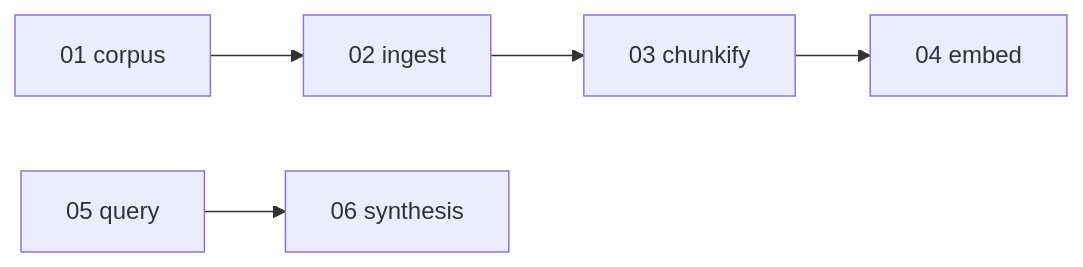
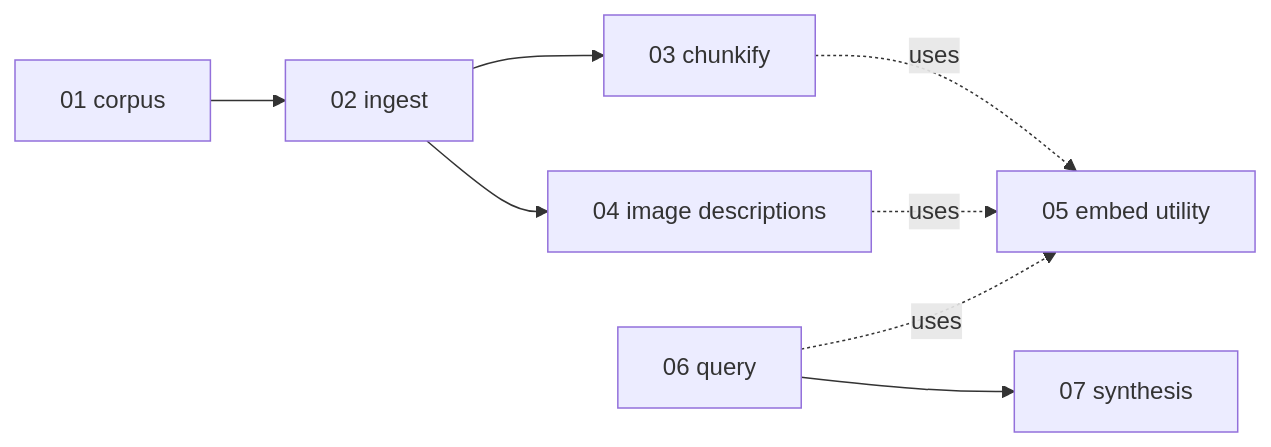
One commit to kyung-lee-official/neuxus changed the diagram in docs/modern-knowledge-base-design/README.md. Above: the diagram before and after it, drawn with Mermaid. The commit also changed other lines of this file, not shown here.

Commit message:
docs, wip: update README to clarify knowledge-base flow and steps

````diff
--- a/docs/modern-knowledge-base-design/README.md
+++ b/docs/modern-knowledge-base-design/README.md
@@ -5,14 +7,13 @@
 ```mermaid
 ---
 theme: neo-dark
 ---
 flowchart LR
-  corpus[01 corpus]
-  ingest[02 ingest]
-  chunkify[03 chunkify]
-  embed[04 embed]
-  query[05 query]
-  synthesis[06 synthesis]
-  corpus --> ingest --> chunkify --> embed
-  query --> synthesis
+  corpus[01 corpus] --> ingest[02 ingest]
+  ingest --> chunkify[03 chunkify]
+  ingest --> imagedesc[04 image descriptions]
+  chunkify -. uses .-> embed[05 embed utility]
+  imagedesc -. uses .-> embed
+  query[06 query] -. uses .-> embed
+  query --> synthesis[07 synthesis]
 ```
````
